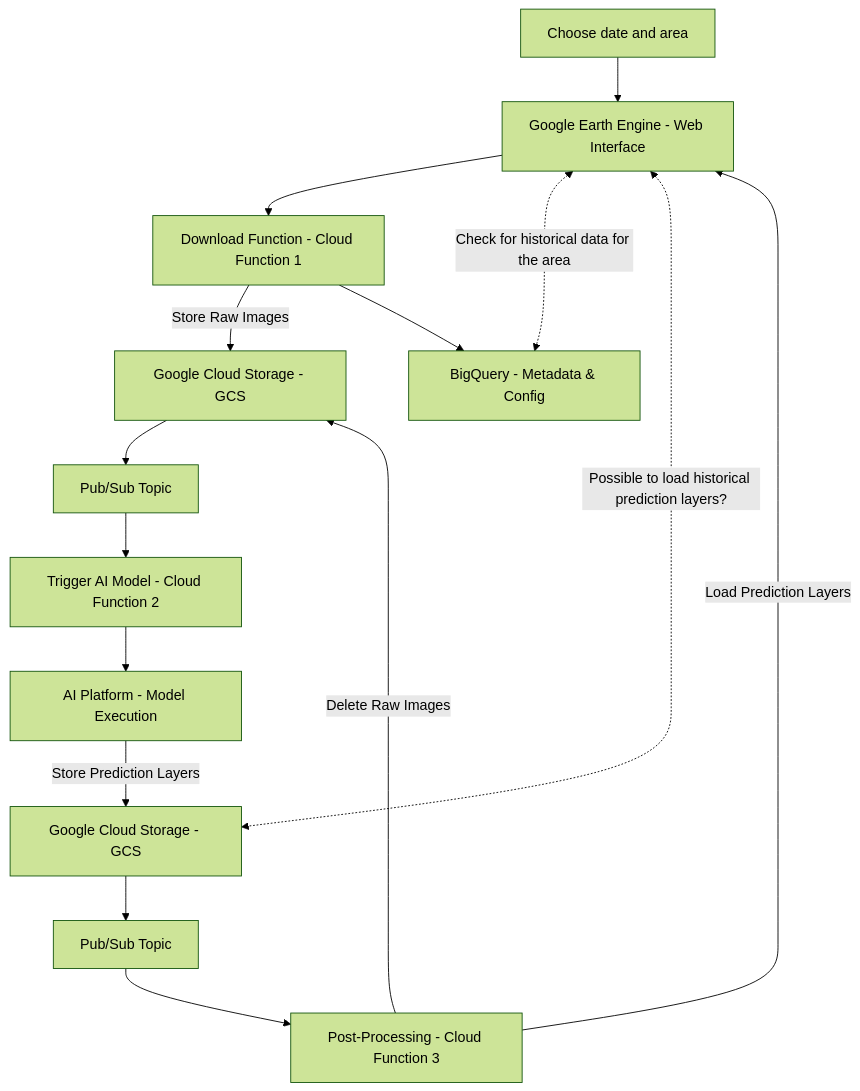
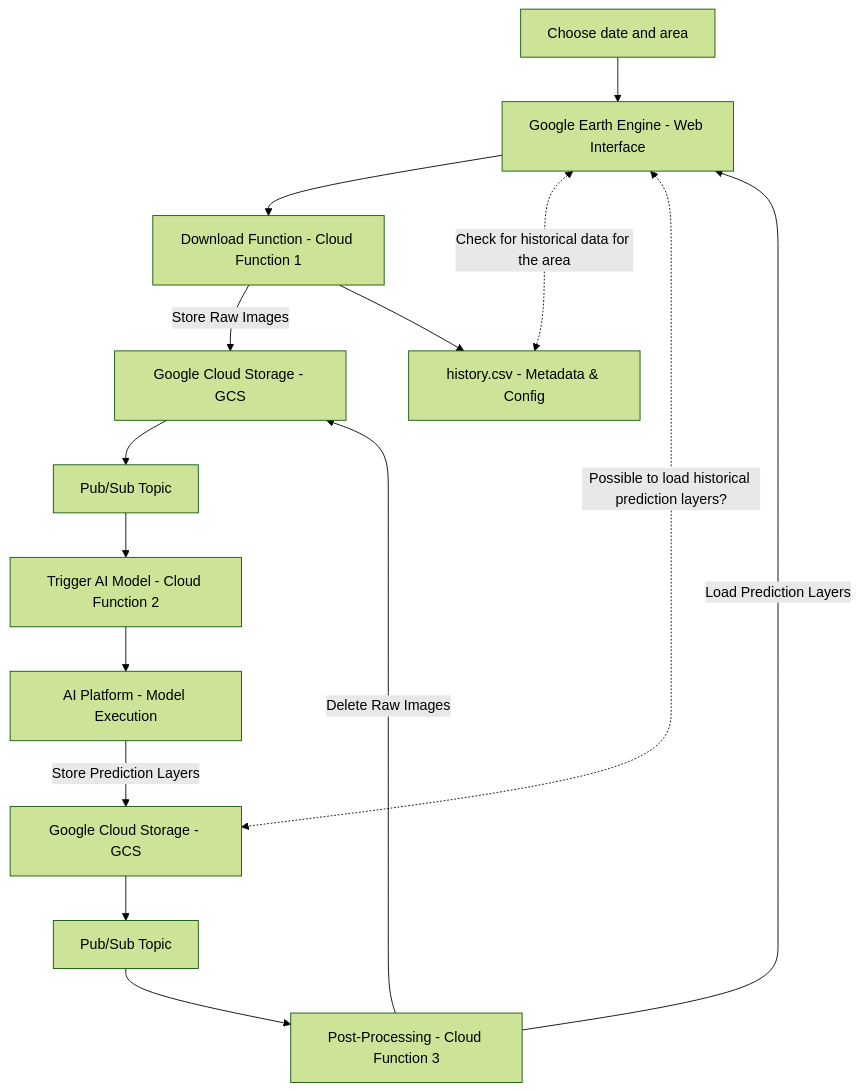
The second of 2 diagrams in README.md (MI4People/Marine_Litter), drawn with Mermaid (forest theme) before and after one commit. The commit also changed other lines of this file, not shown here.

````diff
--- a/README.md
+++ b/README.md
@@ -56,17 +61,17 @@
 ```mermaid
 graph TD
     A[Google Earth Engine - Web Interface] --> B[Download Function - Cloud Function 1]
     B --> |Store Raw Images| C[Google Cloud Storage - GCS]
-    B --> D[BigQuery - Metadata & Config]
+    B --> D[history.csv - Metadata & Config]
     C --> F[Pub/Sub Topic]
     F --> G[Trigger AI Model - Cloud Function 2]
     G --> H[AI Platform - Model Execution]
     H --> |Store Prediction Layers| I[Google Cloud Storage - GCS]
     I --> J[Pub/Sub Topic]
     J --> K[Post-Processing - Cloud Function 3]
     K --> |Load Prediction Layers| A
     K -->|Delete Raw Images| C
     L[Choose date and area] --> A
     A <-.-> |Check for historical data for the area| D
     A <-.-> |Possible to load historical prediction layers?| I
 ```
````
